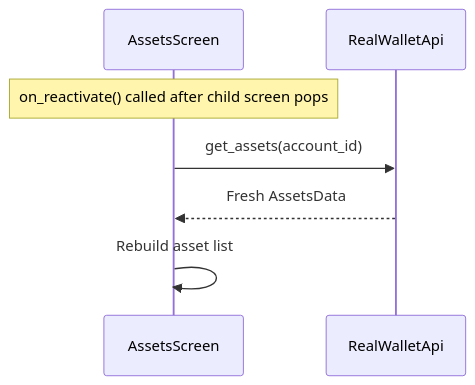
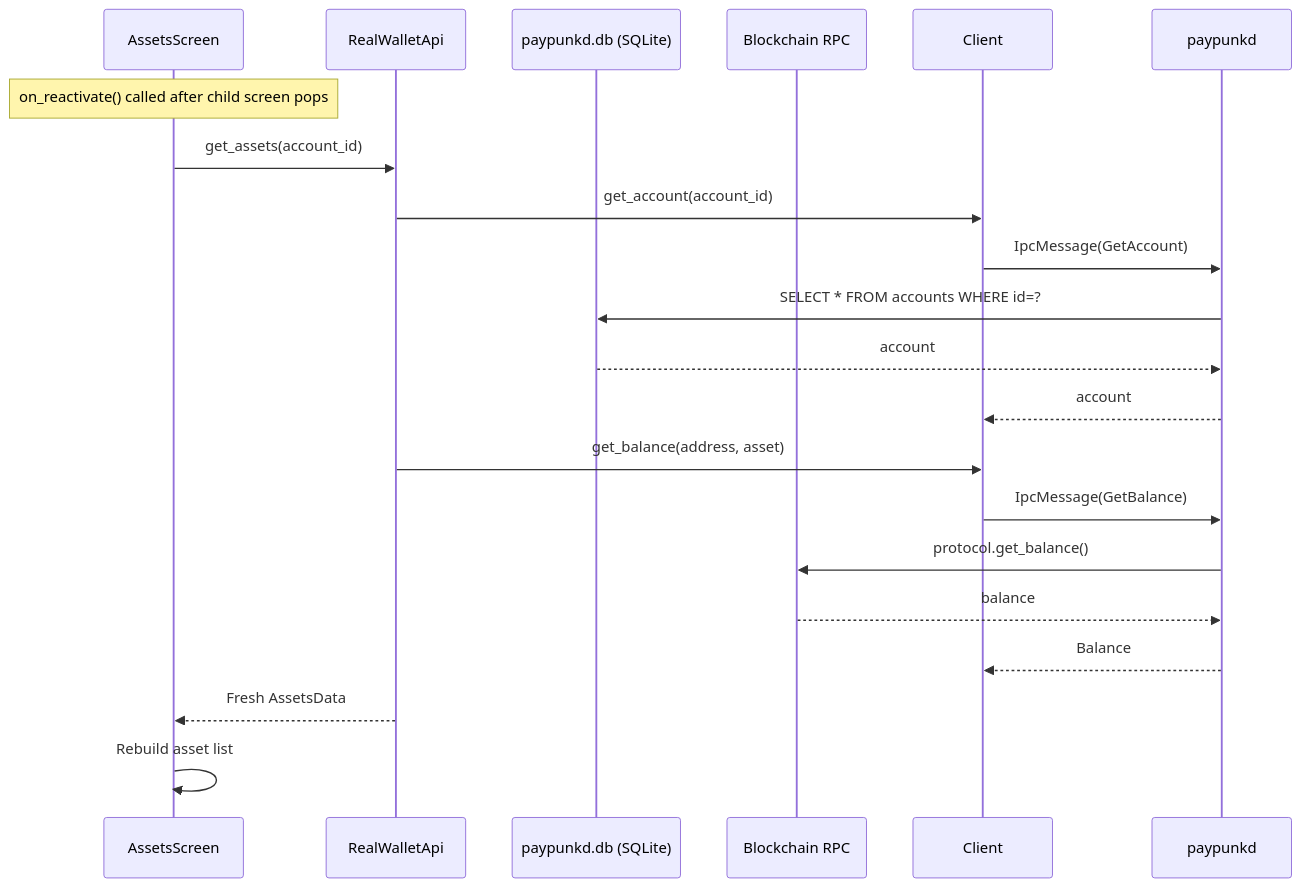
One commit to blockhackersio/paypunk changed the second of 2 diagrams in tui/docs/usecases/05-assets.md. Above: the diagram before and after it, drawn with Mermaid. The commit also changed other lines of this file and 9 other files, not shown here.

````diff
--- a/tui/docs/usecases/05-assets.md
+++ b/tui/docs/usecases/05-assets.md
@@ -57,10 +67,22 @@
 ```mermaid
 sequenceDiagram
     participant TUI as AssetsScreen
     participant API as RealWalletApi
+    participant SQLite as paypunkd.db (SQLite)
+    participant Chain as Blockchain RPC
 
     Note over TUI: on_reactivate() called after child screen pops
     TUI->>API: get_assets(account_id)
+    API->>Client: get_account(account_id)
+    Client->>paypunkd: IpcMessage(GetAccount)
+    paypunkd->>SQLite: SELECT * FROM accounts WHERE id=?
+    SQLite-->>paypunkd: account
+    paypunkd-->>Client: account
+    API->>Client: get_balance(address, asset)
+    Client->>paypunkd: IpcMessage(GetBalance)
+    paypunkd->>Chain: protocol.get_balance()
+    Chain-->>paypunkd: balance
+    paypunkd-->>Client: Balance
     API-->>TUI: Fresh AssetsData
     TUI->>TUI: Rebuild asset list
 ```
````
